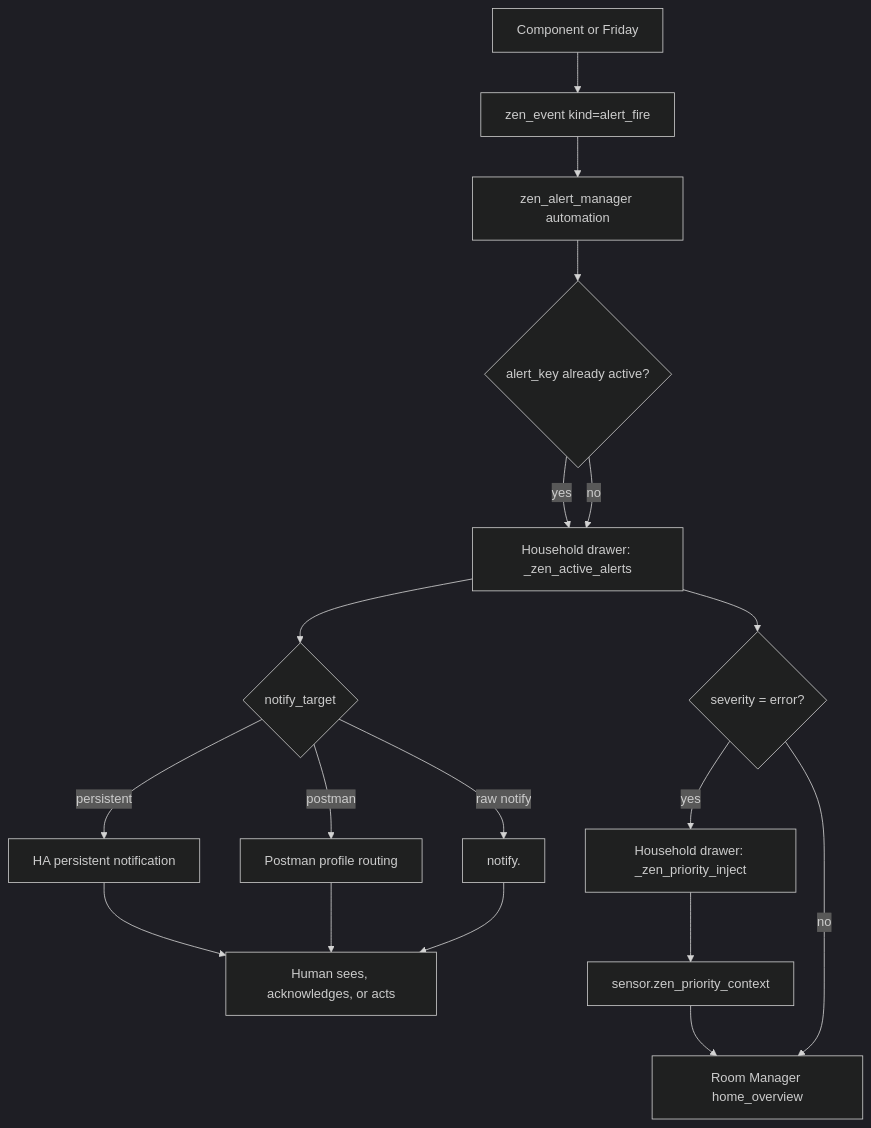
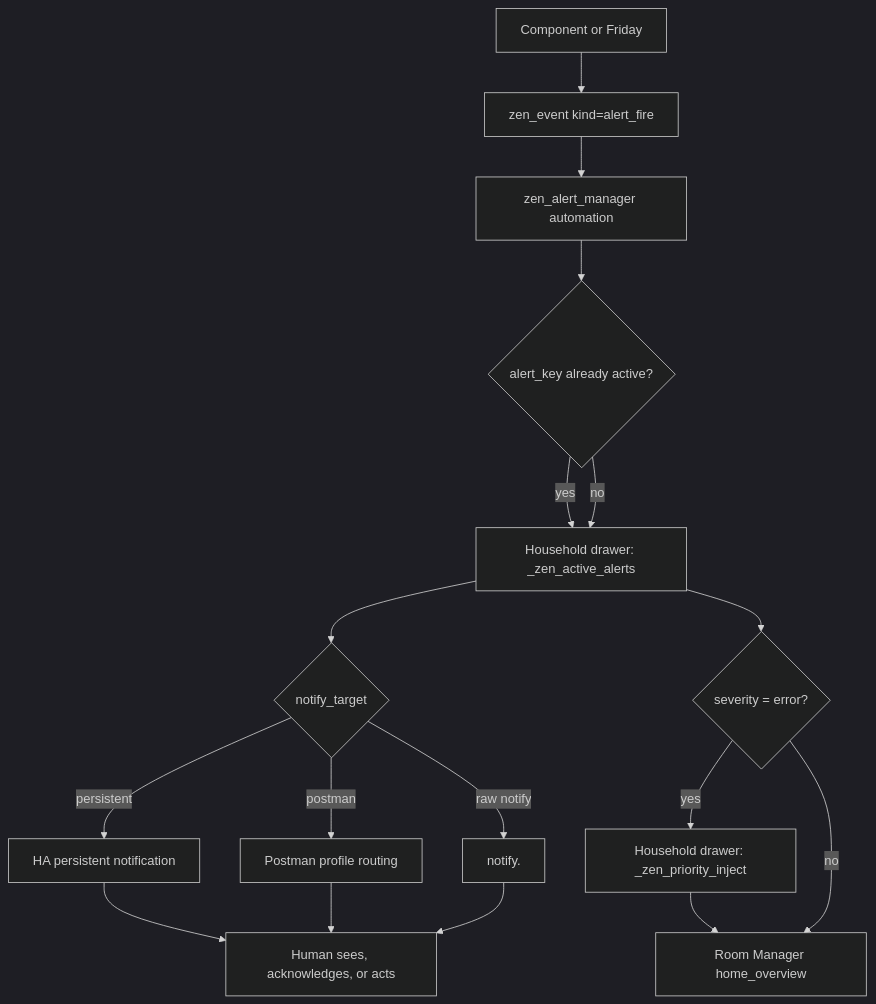
The first of 2 diagrams in zenos_ai/docs/components/alertmanager.md (nathan-curtis/zenos-ai), drawn with Mermaid (dark theme) before and after one commit. The commit also changed other lines of this file and 4 other files, not shown here.

First line of the commit message:
refactor(alertmanager)!: remove sensor.zen_priority_context

````diff
--- a/zenos_ai/docs/components/alertmanager.md
+++ b/zenos_ai/docs/components/alertmanager.md
@@ -32,27 +31,26 @@
 ```mermaid
 flowchart TD
   Source["Component or Friday"]
   Fire["zen_event kind=alert_fire"]
   Manager["zen_alert_manager automation"]
   Active["Household drawer: _zen_active_alerts"]
   Dedup{"alert_key already active?"}
   Notify{"notify_target"}
   Persistent["HA persistent notification"]
   Postman["Postman profile routing"]
   RawNotify["notify.<service suffix>"]
   Severity{"severity = error?"}
   Priority["Household drawer: _zen_priority_inject"]
-  Sensor["sensor.zen_priority_context"]
   HomeOverview["Room Manager home_overview"]
   Human["Human sees, acknowledges, or acts"]
 
   Source --> Fire --> Manager --> Dedup
   Dedup -->|yes| Active
   Dedup -->|no| Active --> Notify
   Notify -->|persistent| Persistent --> Human
   Notify -->|postman| Postman --> Human
   Notify -->|raw notify| RawNotify --> Human
   Active --> Severity
-  Severity -->|yes| Priority --> Sensor --> HomeOverview
+  Severity -->|yes| Priority --> HomeOverview
   Severity -->|no| HomeOverview
 ```
````
